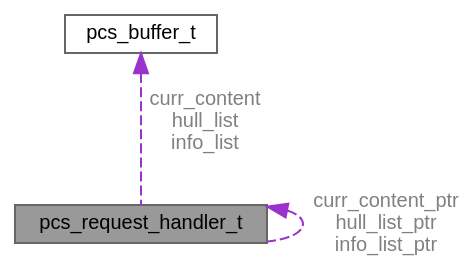
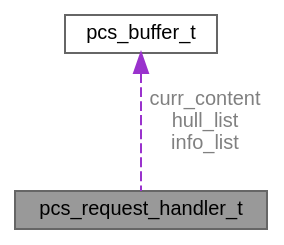
Before and after one commit to QuangNguyenLong/pcstream: the diagram in structpcs__request__handler__t__coll__graph.dot, drawn with Graphviz. The commit also changed 100 other files, not shown here.

```diff
--- a/structpcs__request__handler__t__coll__graph.dot
+++ b/structpcs__request__handler__t__coll__graph.dot
@@ -1,11 +1,10 @@
 digraph "pcs_request_handler_t"
 {
  // LATEX_PDF_SIZE
   bgcolor="transparent";
   edge [fontname=Helvetica,fontsize=10,labelfontname=Helvetica,labelfontsize=10];
   node [fontname=Helvetica,fontsize=10,shape=box,height=0.2,width=0.4];
   Node1 [id="Node000001",label="pcs_request_handler_t",height=0.2,width=0.4,color="gray40", fillcolor="grey60", style="filled", fontcolor="black",tooltip=" "];
   Node2 -> Node1 [id="edge1_Node000001_Node000002",dir="back",color="darkorchid3",style="dashed",tooltip=" ",label=" curr_content\nhull_list\ninfo_list",fontcolor="grey" ];
   Node2 [id="Node000002",label="pcs_buffer_t",height=0.2,width=0.4,color="gray40", fillcolor="white", style="filled",URL="$structpcs__buffer__t.html",tooltip="Structure representing a memory buffer."];
-  Node1 -> Node1 [id="edge2_Node000001_Node000001",dir="back",color="darkorchid3",style="dashed",tooltip=" ",label=" curr_content_ptr\nhull_list_ptr\ninfo_list_ptr",fontcolor="grey" ];
 }
```
